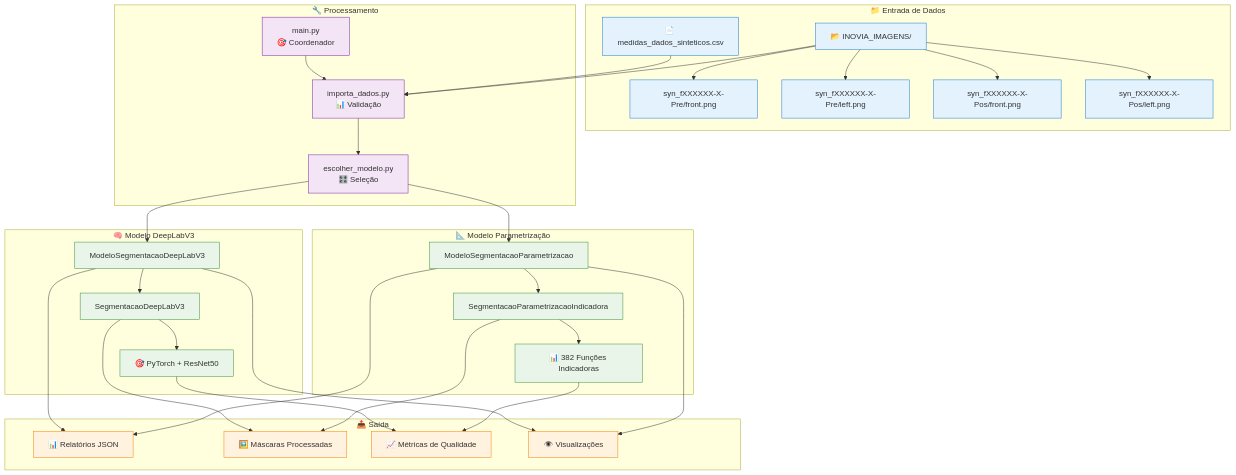
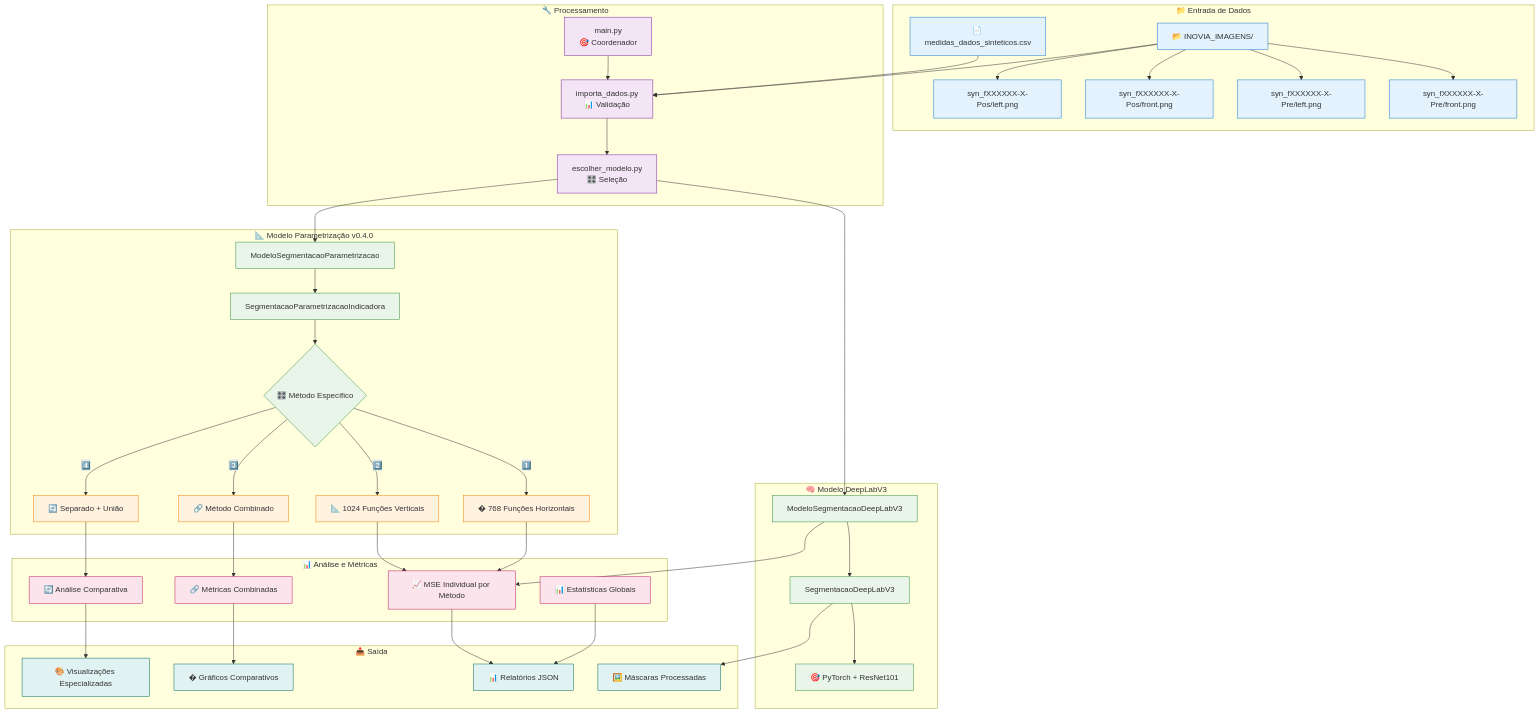
One commit to danilorigitano/DesafioInovia-dev changed the sixth of 8 diagrams in README.md. Above: the diagram before and after it, drawn with Mermaid. The commit also changed other lines of this file and 5 other files, not shown here.

First line of the commit message:
feat: Implementa segmentação separada e união de imagens com funções indicadoras

````diff
--- a/README.md
+++ b/README.md
@@ -359,26 +643,38 @@
     subgraph "🧠 Modelo DeepLabV3"
         C1["ModeloSegmentacaoDeepLabV3"]
         C2["SegmentacaoDeepLabV3"]
-        C3["🎯 PyTorch + ResNet50"]
+        C3["🎯 PyTorch + ResNet101"]
         
         C1 --> C2
         C2 --> C3
     end
     
-    subgraph "📐 Modelo Parametrização"
+    subgraph "📐 Modelo Parametrização v0.4.0"
         D1["ModeloSegmentacaoParametrizacao"]
         D2["SegmentacaoParametrizacaoIndicadora"]
-        D3["📊 382 Funções Indicadoras"]
+        D3{🎛️ Método Específico}
         
         D1 --> D2
         D2 --> D3
+        
+        D3 -->|1️⃣| D4["� 768 Funções Horizontais"]
+        D3 -->|2️⃣| D5["📐 1024 Funções Verticais"]
+        D3 -->|3️⃣| D6["🔗 Método Combinado"]
+        D3 -->|4️⃣| D7["🔄 Separado + União"]
+    end
+    
+    subgraph "📊 Análise e Métricas"
+        E1["📈 MSE Individual por Método"]
+        E2["🔄 Análise Comparativa"]
+        E3["🔗 Métricas Combinadas"]
+        E4["📊 Estatísticas Globais"]
     end
     
     subgraph "📤 Saída"
-        E1["📊 Relatórios JSON"]
-        E2["🖼️ Máscaras Processadas"]
-        E3["📈 Métricas de Qualidade"]
-        E4["👁️ Visualizações"]
+        F1["📊 Relatórios JSON"]
+        F2["🖼️ Máscaras Processadas"]
+        F3["🎨 Visualizações Especializadas"]
+        F4["� Gráficos Comparativos"]
     end
     
     A1 --> B2
@@ -386,21 +682,27 @@
     B3 --> C1
     B3 --> D1
     C1 --> E1
-    D1 --> E1
-    C2 --> E2
-    D2 --> E2
-    C3 --> E3
-    D3 --> E3
-    C1 --> E4
-    D1 --> E4
+    D4 --> E1
+    D5 --> E1
+    D6 --> E3
+    D7 --> E2
+    C2 --> F2
+    E1 --> F1
+    E2 --> F3
+    E3 --> F4
+    E4 --> F1
     
     classDef input fill:#e3f2fd,stroke:#1976d2
     classDef processing fill:#f3e5f5,stroke:#7b1fa2
     classDef models fill:#e8f5e8,stroke:#388e3c
-    classDef output fill:#fff3e0,stroke:#f57c00
+    classDef methods fill:#fff3e0,stroke:#f57c00
+    classDef analysis fill:#fce4ec,stroke:#c2185b
+    classDef output fill:#e0f2f1,stroke:#00695c
     
     class A1,A2,A21,A22,A23,A24 input
     class B1,B2,B3 processing
     class C1,C2,C3,D1,D2,D3 models
-    class E1,E2,E3,E4 output
+    class D4,D5,D6,D7 methods
+    class E1,E2,E3,E4 analysis
+    class F1,F2,F3,F4 output
 ```
````
